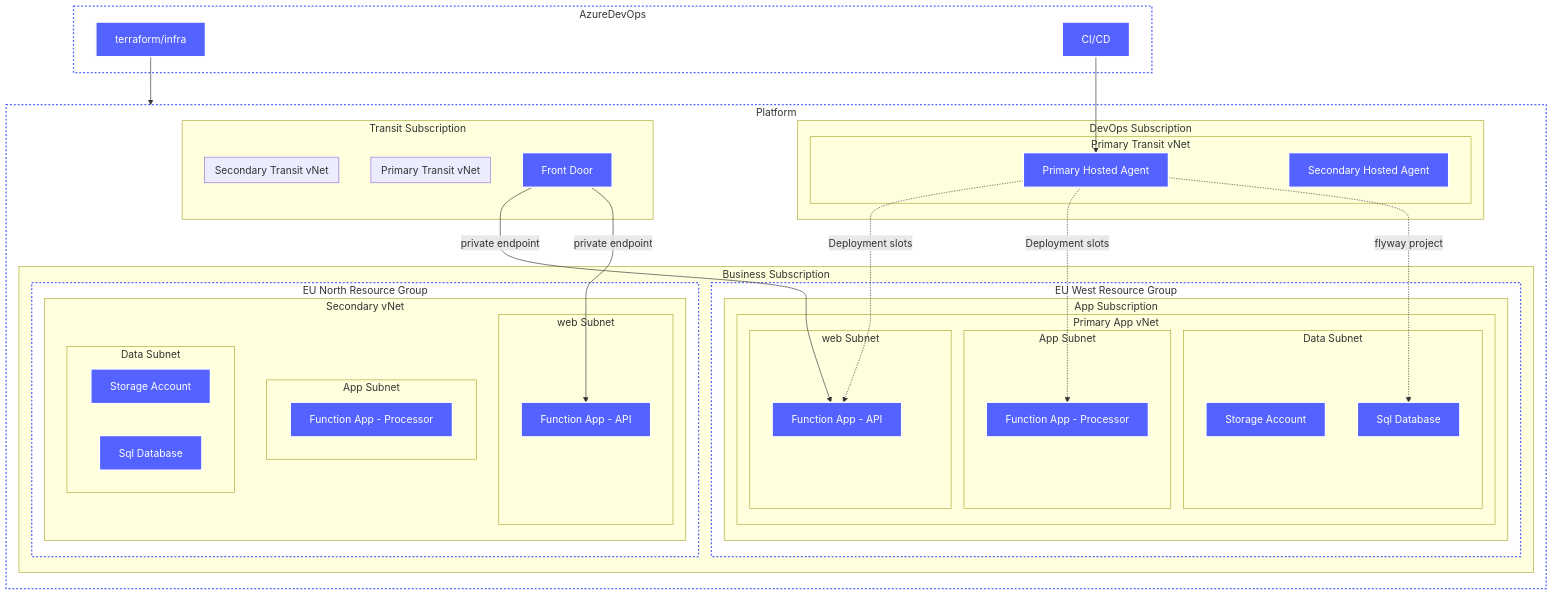
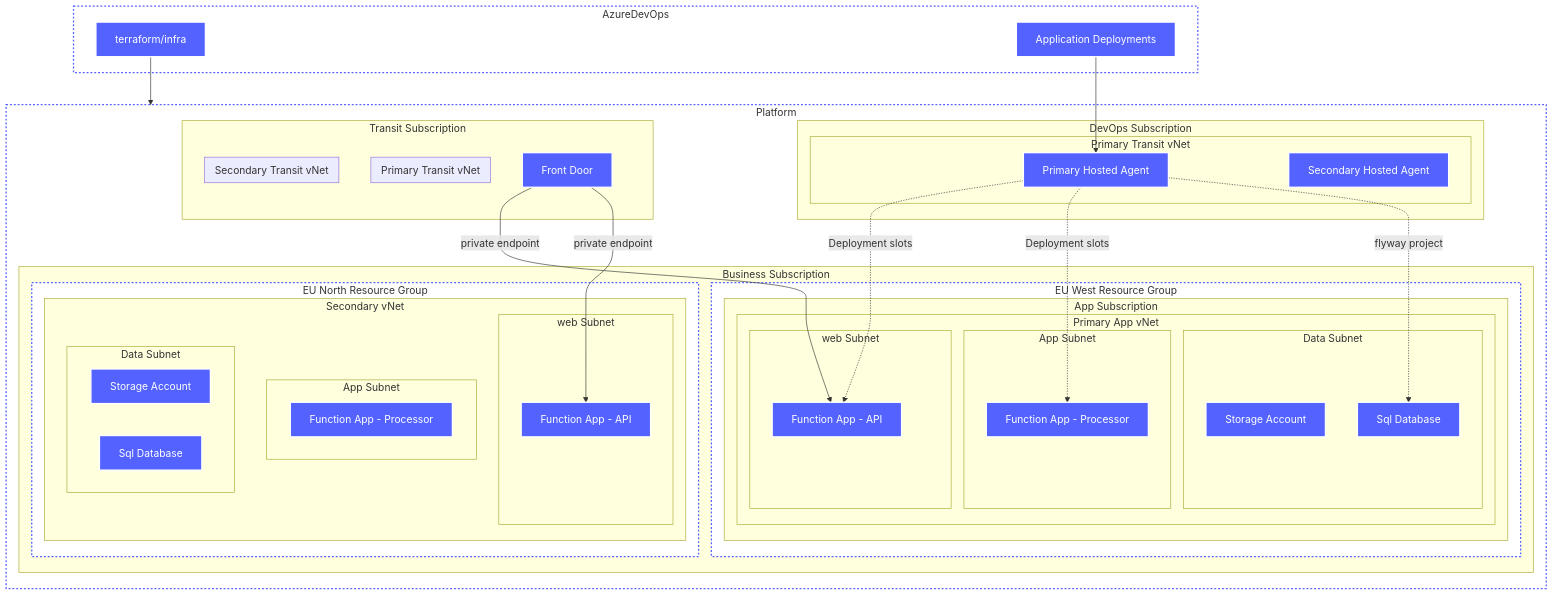
Before and after one commit to dermotreynolds/data.io.docs: the second of 2 diagrams in other/Example.md, drawn with Mermaid.

```diff
--- a/other/Example.md
+++ b/other/Example.md
@@ -106,7 +106,7 @@
 flowchart TD
     subgraph Group0[AzureDevOps]
         d101[terraform/infra]:::DeviceClass
-        d102[CI/CD]:::DeviceClass
+        d102[Application Deployments]:::DeviceClass
     end
 
     d101 --> Group1
```
